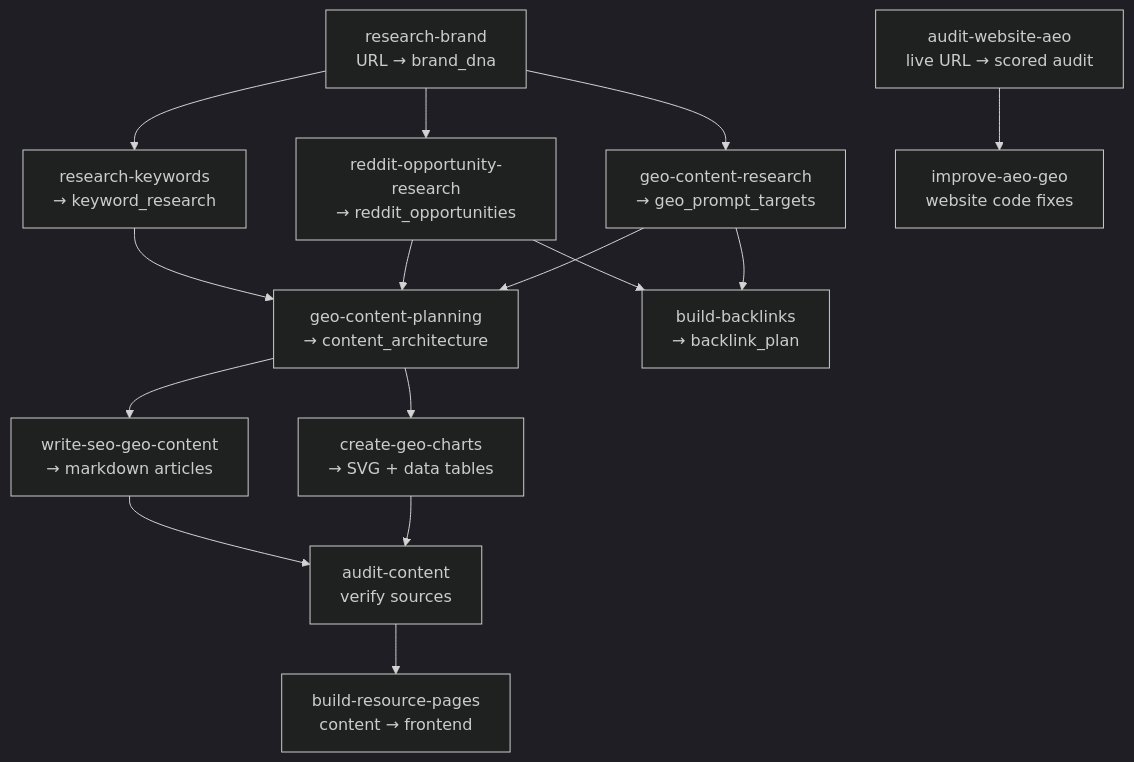
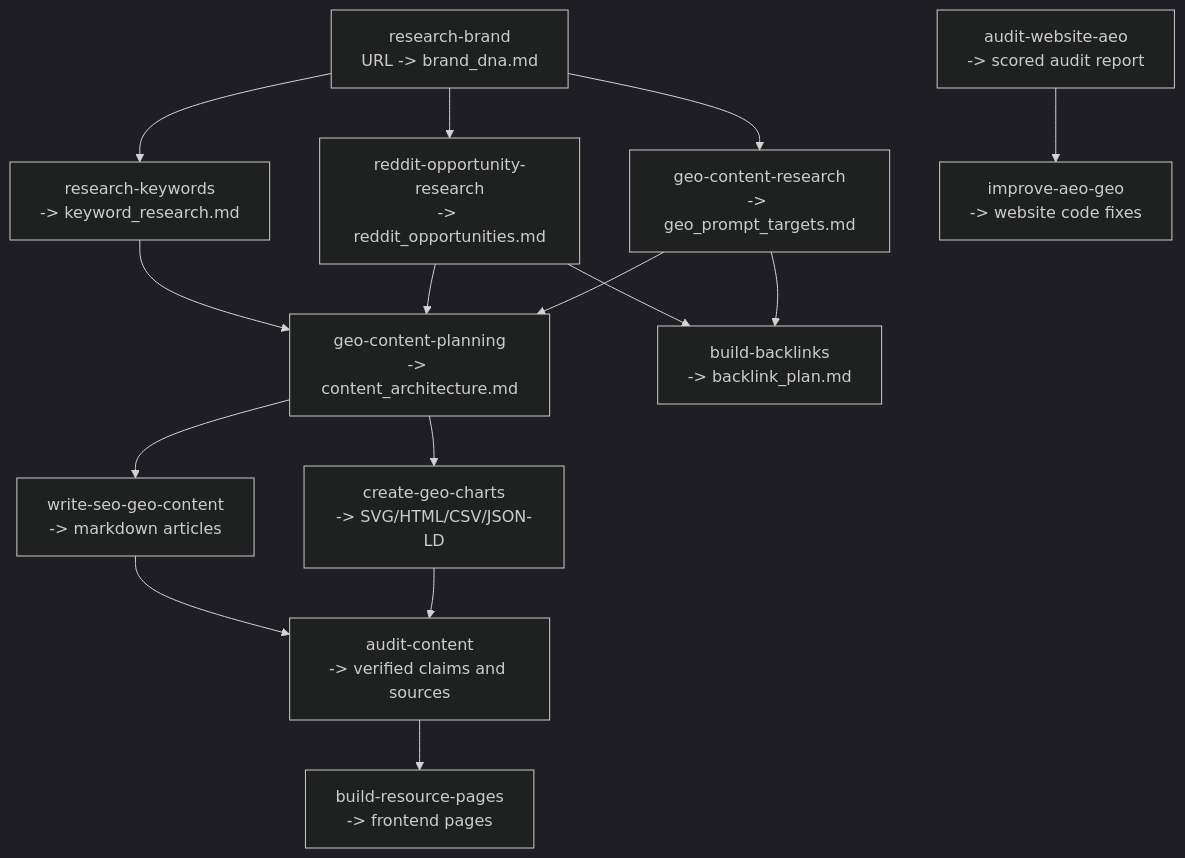
One commit to onvoyage-ai/gtm-engineer-skills changed the diagram in README.md. Above: the diagram before and after it, drawn with Mermaid (dark theme). The commit also changed other lines of this file, not shown here.

Commit message:
Improve repository README

````diff
--- a/README.md
+++ b/README.md
@@ -11,39 +37,39 @@
 ```mermaid
 flowchart TD
-    RB["research-brand<br/>URL → brand_dna"]
+    RB["research-brand<br/>URL -> brand_dna.md"]
 
-    RK["research-keywords<br/>→ keyword_research"]
-    ROR["reddit-opportunity-research<br/>→ reddit_opportunities"]
-    GCR["geo-content-research<br/>→ geo_prompt_targets"]
+    RK["research-keywords<br/>-> keyword_research.md"]
+    ROR["reddit-opportunity-research<br/>-> reddit_opportunities.md"]
+    GCR["geo-content-research<br/>-> geo_prompt_targets.md"]
 
-    GCP["geo-content-planning<br/>→ content_architecture"]
-    BB["build-backlinks<br/>→ backlink_plan"]
+    GCP["geo-content-planning<br/>-> content_architecture.md"]
+    BB["build-backlinks<br/>-> backlink_plan.md"]
 
-    WSGC["write-seo-geo-content<br/>→ markdown articles"]
-    CGC["create-geo-charts<br/>→ SVG + data tables"]
+    WSGC["write-seo-geo-content<br/>-> markdown articles"]
+    CGC["create-geo-charts<br/>-> SVG/HTML/CSV/JSON-LD"]
 
-    AC["audit-content<br/>verify sources"]
+    AC["audit-content<br/>-> verified claims and sources"]
 
-    BRP["build-resource-pages<br/>content → frontend"]
-    AWA["audit-website-aeo<br/>live URL → scored audit"]
-    IAG["improve-aeo-geo<br/>website code fixes"]
+    BRP["build-resource-pages<br/>-> frontend pages"]
+    AWA["audit-website-aeo<br/>-> scored audit report"]
+    IAG["improve-aeo-geo<br/>-> website code fixes"]
 
     RB --> RK
     RB --> ROR
     RB --> GCR
 
     RK --> GCP
     ROR --> GCP
     GCR --> GCP
     ROR --> BB
     GCR --> BB
 
     GCP --> WSGC
     GCP --> CGC
 
     WSGC --> AC
     CGC --> AC
 
     AC --> BRP
     AWA --> IAG
 ```
````
